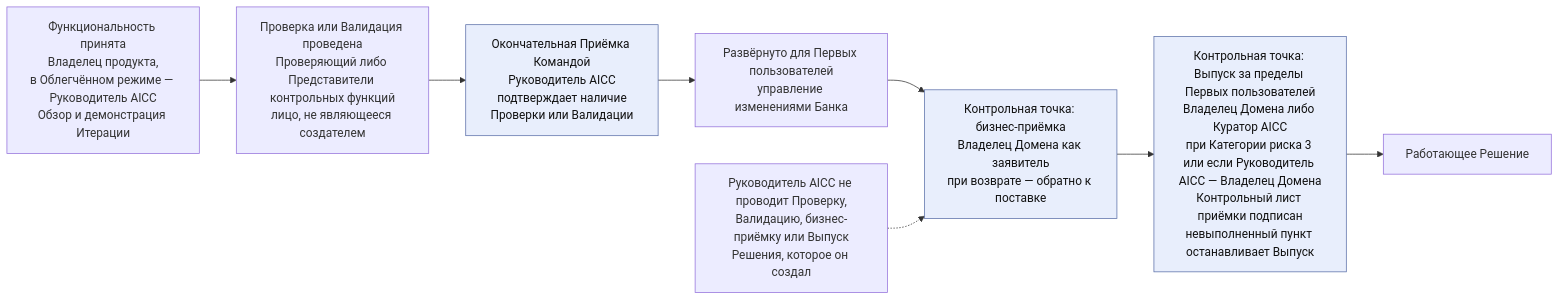
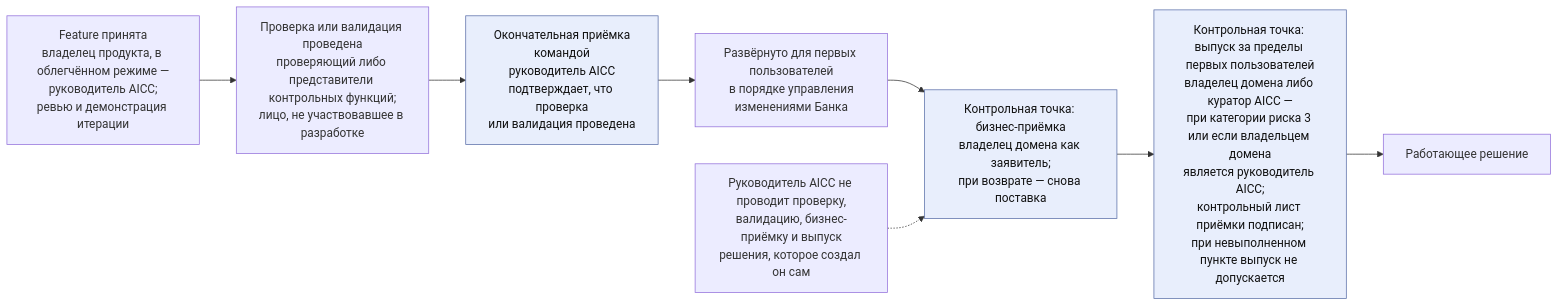
Before and after one commit to devhogu/ob-aicc: the fifth of 5 diagrams in charter/ru/guides/service-delivery-guide.md, drawn with Mermaid. The commit also changed other lines of this file and 6 other files, not shown here.

````diff
--- a/charter/ru/guides/service-delivery-guide.md
+++ b/charter/ru/guides/service-delivery-guide.md
@@ -115,12 +115,12 @@
 ```mermaid
 flowchart LR
-  FA["Функциональность принята<br/>Владелец продукта,<br/>в Облегчённом режиме — Руководитель AICC<br/>Обзор и демонстрация Итерации"] --> CV["Проверка или Валидация проведена<br/>Проверяющий либо Представители контрольных функций<br/>лицо, не являющееся создателем"]
-  CV --> TF["Окончательная Приёмка Командой<br/>Руководитель AICC<br/>подтверждает наличие<br/>Проверки или Валидации"]
-  TF --> DP["Развёрнуто для Первых пользователей<br/>управление изменениями Банка"]
-  DP --> BA["Контрольная точка: бизнес-приёмка<br/>Владелец Домена как заявитель<br/>при возврате — обратно к поставке"]
-  BA --> RL["Контрольная точка: Выпуск за пределы Первых пользователей<br/>Владелец Домена либо Куратор AICC<br/>при Категории риска 3 или если Руководитель AICC — Владелец Домена<br/>Контрольный лист приёмки подписан<br/>невыполненный пункт останавливает Выпуск"]
-  RL --> LV["Работающее Решение"]
-  NT["Руководитель AICC не проводит Проверку,<br/>Валидацию, бизнес-приёмку или Выпуск<br/>Решения, которое он создал"] -.-> BA
+  FA["Feature принята<br/>владелец продукта, в облегчённом режиме —<br/>руководитель AICC;<br/>ревью и демонстрация итерации"] --> CV["Проверка или валидация проведена<br/>проверяющий либо представители контрольных функций;<br/>лицо, не участвовавшее в разработке"]
+  CV --> TF["Окончательная приёмка<br/>командой<br/>руководитель AICC<br/>подтверждает, что проверка<br/>или валидация проведена"]
+  TF --> DP["Развёрнуто для первых пользователей<br/>в порядке управления<br/>изменениями Банка"]
+  DP --> BA["Контрольная точка: бизнес-приёмка<br/>владелец домена как заявитель;<br/>при возврате — снова поставка"]
+  BA --> RL["Контрольная точка: выпуск за пределы первых пользователей<br/>владелец домена либо куратор AICC —<br/>при категории риска 3 или если владельцем домена<br/>является руководитель AICC;<br/>контрольный лист приёмки подписан;<br/>при невыполненном пункте выпуск не допускается"]
+  RL --> LV["Работающее решение"]
+  NT["Руководитель AICC не проводит проверку,<br/>валидацию, бизнес-приёмку и выпуск<br/>решения, которое создал он сам"] -.-> BA
   classDef gate fill:#e8eefc,stroke:#5a6fa8,color:#111
   class TF,BA,RL gate
 ```
````
